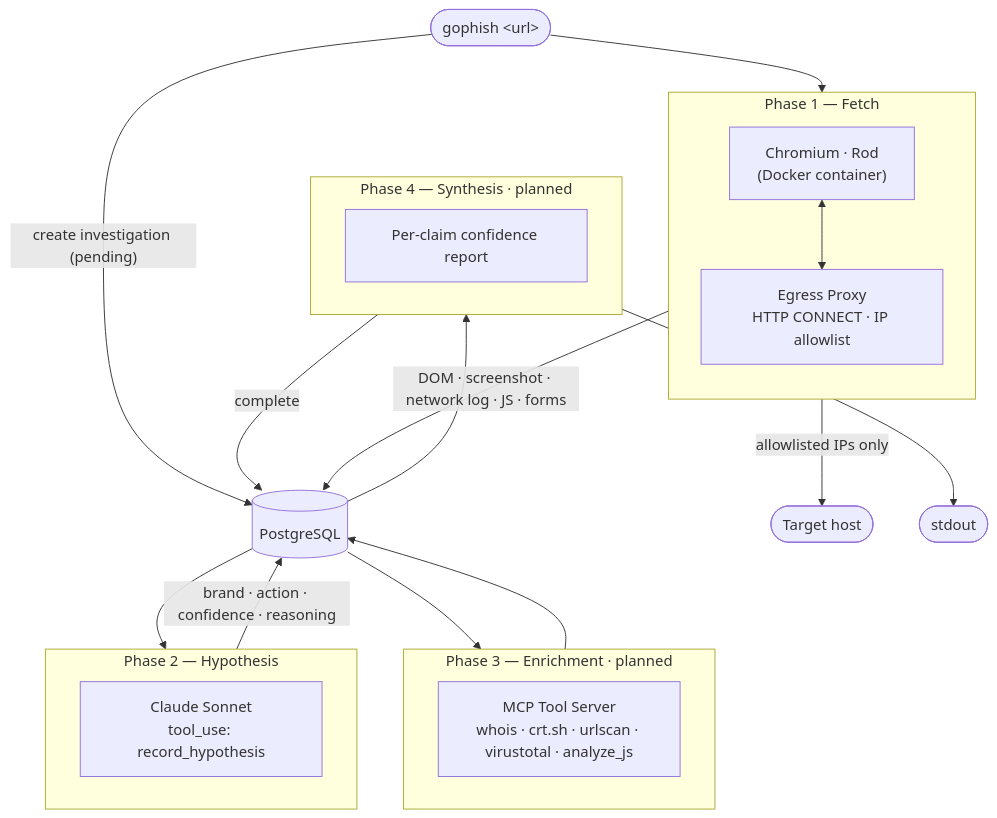
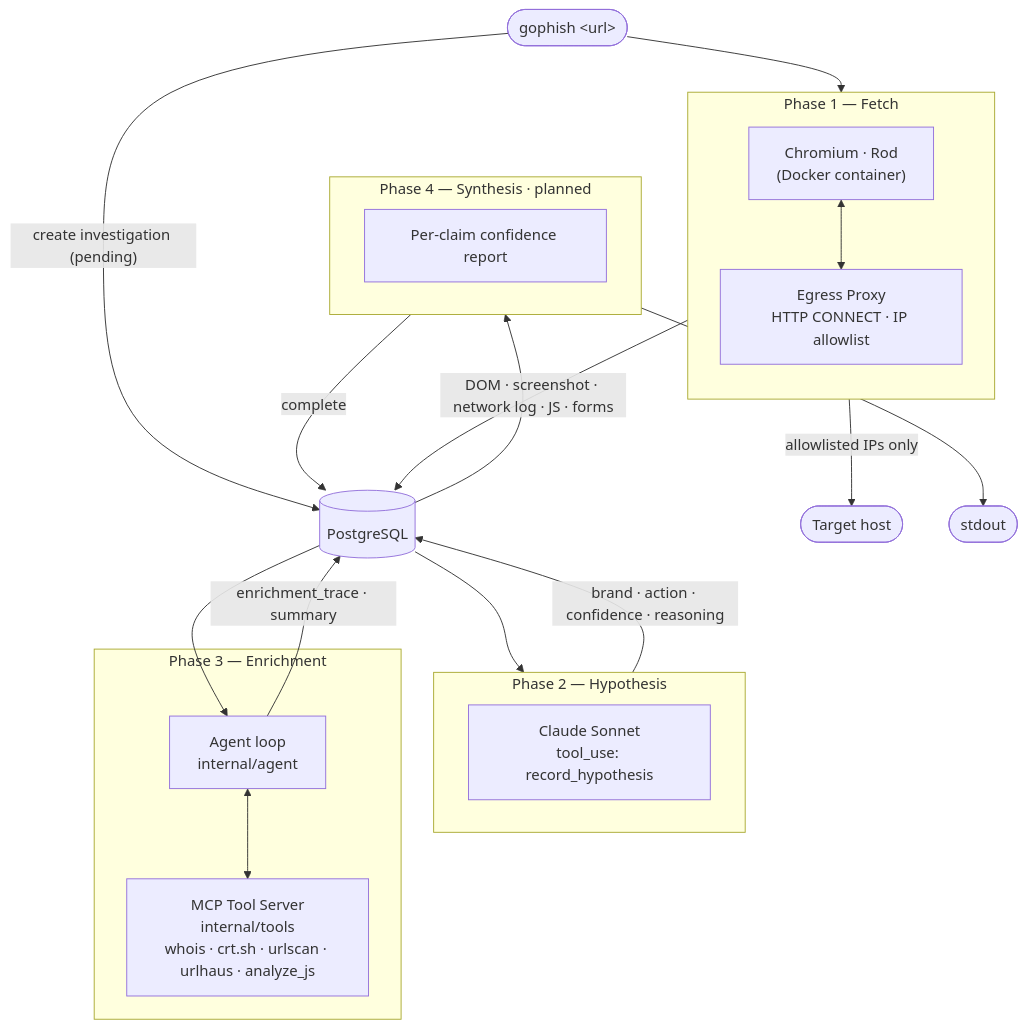
Before and after one commit to Aslanchik/go-phish: the first of 2 diagrams in docs/architecture.md, drawn with Mermaid. The commit also changed other lines of this file and 9 other files, not shown here.

First line of the commit message:
feat(enrichment-foundation): Phase A — MCP server, agent loop, db layer

````diff
--- a/docs/architecture.md
+++ b/docs/architecture.md
@@ -9,39 +9,41 @@
 ```mermaid
 flowchart TD
     Input(["gophish &lt;url&gt;"])
 
     subgraph P1["Phase 1 — Fetch"]
         direction TB
         Container["Chromium · Rod\n(Docker container)"]
         Proxy["Egress Proxy\nHTTP CONNECT · IP allowlist"]
     end
 
     subgraph P2["Phase 2 — Hypothesis"]
         LLM["Claude Sonnet\ntool_use: record_hypothesis"]
     end
 
-    subgraph P3["Phase 3 — Enrichment  ·  planned"]
-        Tools["MCP Tool Server\nwhois · crt.sh · urlscan · virustotal · analyze_js"]
+    subgraph P3["Phase 3 — Enrichment"]
+        AgentLoop["Agent loop\ninternal/agent"]
+        MCPServer["MCP Tool Server\ninternal/tools\nwhois · crt.sh · urlscan · urlhaus · analyze_js"]
     end
 
     subgraph P4["Phase 4 — Synthesis  ·  planned"]
         Synthesis["Per-claim confidence report"]
     end
 
     DB[("PostgreSQL")]
     Target(["Target host"])
     Report(["stdout"])
 
     Input -->|"create investigation (pending)"| DB
     Input --> P1
     Container <--> Proxy
     Proxy -->|"allowlisted IPs only"| Target
     P1 -->|"DOM · screenshot · network log · JS · forms"| DB
     DB --> P2
     P2 -->|"brand · action · confidence · reasoning"| DB
-    DB --> P3
-    P3 --> DB
+    DB --> AgentLoop
+    AgentLoop <--> MCPServer
+    AgentLoop -->|"enrichment_trace · summary"| DB
     DB --> P4
     P4 -->|"complete"| DB
     P4 --> Report
 ```
````
